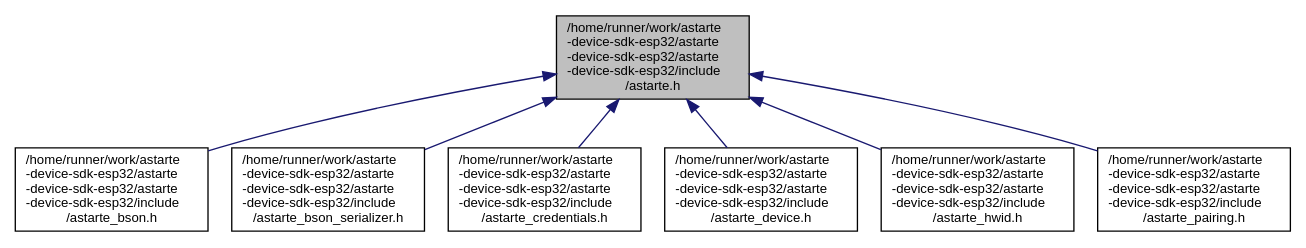
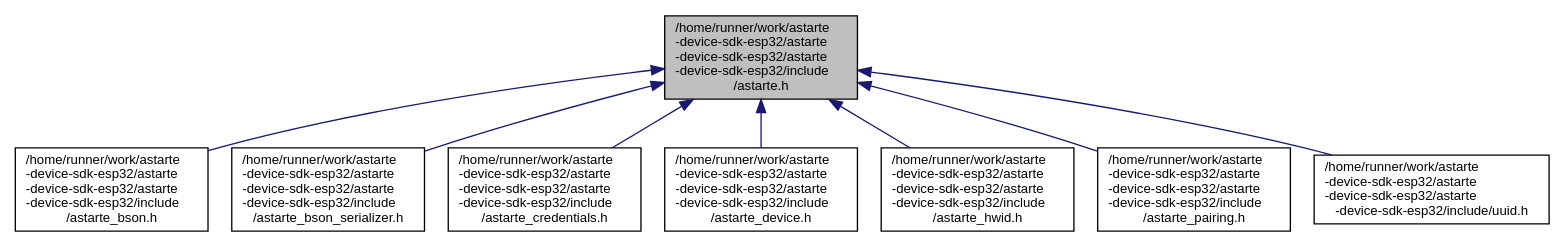
One commit to astarte-platform/docs changed the diagram in device-sdks/esp32/snapshot/api/astarte_8h__dep__incl.dot. Above: the diagram before and after it, drawn with Graphviz. The commit also changed 9 other files, not shown here.

Commit message:
Update ESP32 SDK documentation

```diff
--- a/device-sdks/esp32/snapshot/api/astarte_8h__dep__incl.dot
+++ b/device-sdks/esp32/snapshot/api/astarte_8h__dep__incl.dot
@@ -1,19 +1,21 @@
 digraph "/home/runner/work/astarte-device-sdk-esp32/astarte-device-sdk-esp32/astarte-device-sdk-esp32/include/astarte.h"
 {
  // LATEX_PDF_SIZE
   edge [fontname="Helvetica",fontsize="10",labelfontname="Helvetica",labelfontsize="10"];
   node [fontname="Helvetica",fontsize="10",shape=record];
   Node1 [label="/home/runner/work/astarte\l-device-sdk-esp32/astarte\l-device-sdk-esp32/astarte\l-device-sdk-esp32/include\l/astarte.h",height=0.2,width=0.4,color="black", fillcolor="grey75", style="filled", fontcolor="black",tooltip="Astarte types and defines."];
   Node1 -> Node2 [dir="back",color="midnightblue",fontsize="10",style="solid",fontname="Helvetica"];
   Node2 [label="/home/runner/work/astarte\l-device-sdk-esp32/astarte\l-device-sdk-esp32/astarte\l-device-sdk-esp32/include\l/astarte_bson.h",height=0.2,width=0.4,color="black", fillcolor="white", style="filled",URL="$astarte__bson_8h.html",tooltip="Astarte BSON manipulation functions."];
   Node1 -> Node3 [dir="back",color="midnightblue",fontsize="10",style="solid",fontname="Helvetica"];
   Node3 [label="/home/runner/work/astarte\l-device-sdk-esp32/astarte\l-device-sdk-esp32/astarte\l-device-sdk-esp32/include\l/astarte_bson_serializer.h",height=0.2,width=0.4,color="black", fillcolor="white", style="filled",URL="$astarte__bson__serializer_8h.html",tooltip="Astarte BSON serializer functions."];
   Node1 -> Node4 [dir="back",color="midnightblue",fontsize="10",style="solid",fontname="Helvetica"];
   Node4 [label="/home/runner/work/astarte\l-device-sdk-esp32/astarte\l-device-sdk-esp32/astarte\l-device-sdk-esp32/include\l/astarte_credentials.h",height=0.2,width=0.4,color="black", fillcolor="white", style="filled",URL="$astarte__credentials_8h.html",tooltip="Astarte credentials functions."];
   Node1 -> Node5 [dir="back",color="midnightblue",fontsize="10",style="solid",fontname="Helvetica"];
   Node5 [label="/home/runner/work/astarte\l-device-sdk-esp32/astarte\l-device-sdk-esp32/astarte\l-device-sdk-esp32/include\l/astarte_device.h",height=0.2,width=0.4,color="black", fillcolor="white", style="filled",URL="$astarte__device_8h.html",tooltip="Astarte device SDK high level API."];
   Node1 -> Node6 [dir="back",color="midnightblue",fontsize="10",style="solid",fontname="Helvetica"];
   Node6 [label="/home/runner/work/astarte\l-device-sdk-esp32/astarte\l-device-sdk-esp32/astarte\l-device-sdk-esp32/include\l/astarte_hwid.h",height=0.2,width=0.4,color="black", fillcolor="white", style="filled",URL="$astarte__hwid_8h.html",tooltip="Astarte hardware ID functions."];
   Node1 -> Node7 [dir="back",color="midnightblue",fontsize="10",style="solid",fontname="Helvetica"];
   Node7 [label="/home/runner/work/astarte\l-device-sdk-esp32/astarte\l-device-sdk-esp32/astarte\l-device-sdk-esp32/include\l/astarte_pairing.h",height=0.2,width=0.4,color="black", fillcolor="white", style="filled",URL="$astarte__pairing_8h.html",tooltip="Astarte pairing functions."];
+  Node1 -> Node8 [dir="back",color="midnightblue",fontsize="10",style="solid",fontname="Helvetica"];
+  Node8 [label="/home/runner/work/astarte\l-device-sdk-esp32/astarte\l-device-sdk-esp32/astarte\l-device-sdk-esp32/include/uuid.h",height=0.2,width=0.4,color="black", fillcolor="white", style="filled",URL="$uuid_8h_source.html",tooltip=" "];
 }
```
